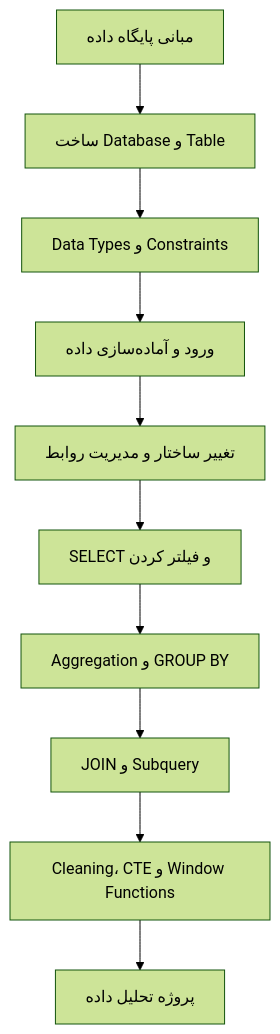
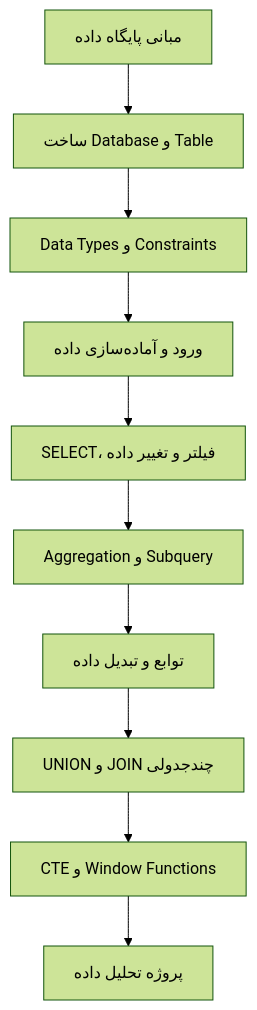
Before and after one commit to alifattah/UI-Data-Science-Bootcamp-2026: the first of 2 diagrams in excel-sql/SQL/README.md, drawn with Mermaid (forest theme). The commit also changed other lines of this file, not shown here.

Commit message:
Update SQL roadmap with joins and union module

````diff
--- a/excel-sql/SQL/README.md
+++ b/excel-sql/SQL/README.md
@@ -9,12 +9,12 @@
 ```mermaid
 flowchart TD
     A["مبانی پایگاه داده"] --> B["ساخت Database و Table"]
     B --> C["Data Types و Constraints"]
     C --> D["ورود و آماده‌سازی داده"]
-    D --> E["تغییر ساختار و مدیریت روابط"]
-    E --> F["SELECT و فیلتر کردن"]
-    F --> G["Aggregation و GROUP BY"]
-    G --> H["JOIN و Subquery"]
-    H --> I["Cleaning، CTE و Window Functions"]
+    D --> E["SELECT، فیلتر و تغییر داده"]
+    E --> F["Aggregation و Subquery"]
+    F --> G["توابع و تبدیل داده"]
+    G --> H["UNION و JOIN چندجدولی"]
+    H --> I["CTE و Window Functions"]
     I --> J["پروژه تحلیل داده"]
 ```
````
